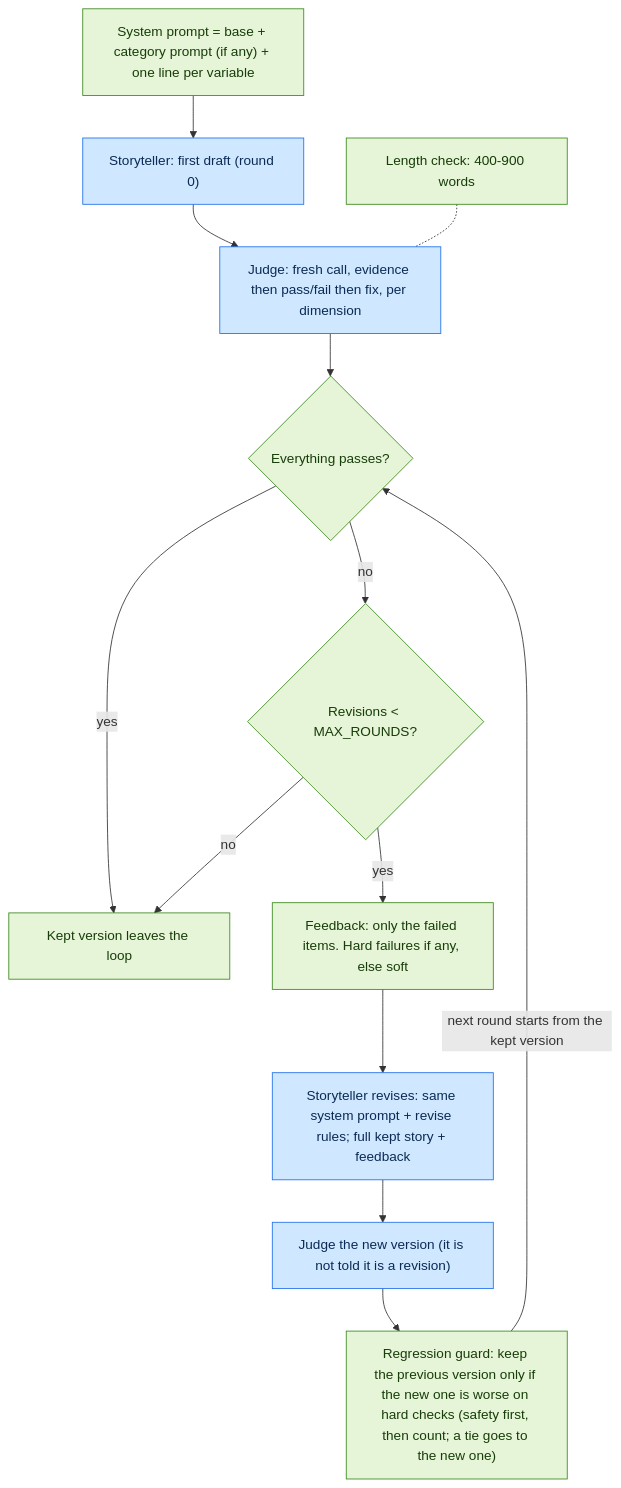
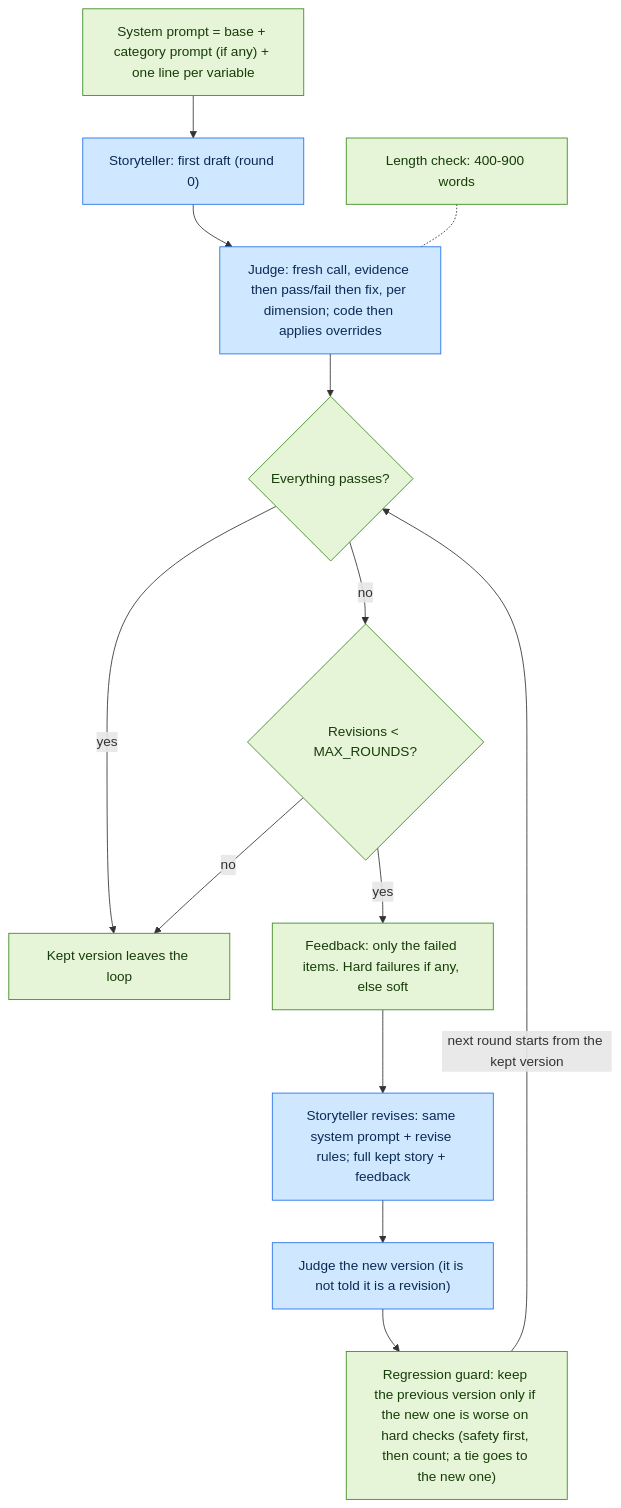
One commit to Sumo-99/hippocratic_ai_assessment changed the third of 3 diagrams in docs/ARCHITECTURE.md. Above: the diagram before and after it, drawn with Mermaid. The commit also changed other lines of this file and 3 other files, not shown here.

````diff
--- a/docs/ARCHITECTURE.md
+++ b/docs/ARCHITECTURE.md
@@ -67,27 +74,27 @@
 ```mermaid
 flowchart TD
     PROMPT["System prompt = base + category prompt (if any) + one line per variable"]:::code
     WRITE["Storyteller: first draft (round 0)"]:::llm
-    JUDGE["Judge: fresh call, evidence then pass/fail then fix, per dimension"]:::llm
+    JUDGE["Judge: fresh call, evidence then pass/fail then fix, per dimension; code then applies overrides"]:::llm
     LEN["Length check: 400-900 words"]:::code
     PASS{"Everything passes?"}:::code
     CAP{"Revisions < MAX_ROUNDS?"}:::code
     FB["Feedback: only the failed items. Hard failures if any, else soft"]:::code
     REV["Storyteller revises: same system prompt + revise rules; full kept story + feedback"]:::llm
     JUDGE2["Judge the new version (it is not told it is a revision)"]:::llm
     GUARD["Regression guard: keep the previous version only if the new one is worse on hard checks (safety first, then count; a tie goes to the new one)"]:::code
     DONE["Kept version leaves the loop"]:::code
 
     PROMPT --> WRITE --> JUDGE
     LEN -.- JUDGE
     JUDGE --> PASS
     PASS -->|yes| DONE
     PASS -->|no| CAP
     CAP -->|no| DONE
     CAP -->|yes| FB --> REV --> JUDGE2 --> GUARD
     GUARD -->|"next round starts from the kept version"| PASS
 
     classDef llm fill:#cfe8ff,stroke:#1f6feb,color:#0b2a55
     classDef code fill:#e6f4d7,stroke:#3b8a1f,color:#173d0a
     classDef io fill:#f3f3f3,stroke:#666,color:#222
 ```
````
